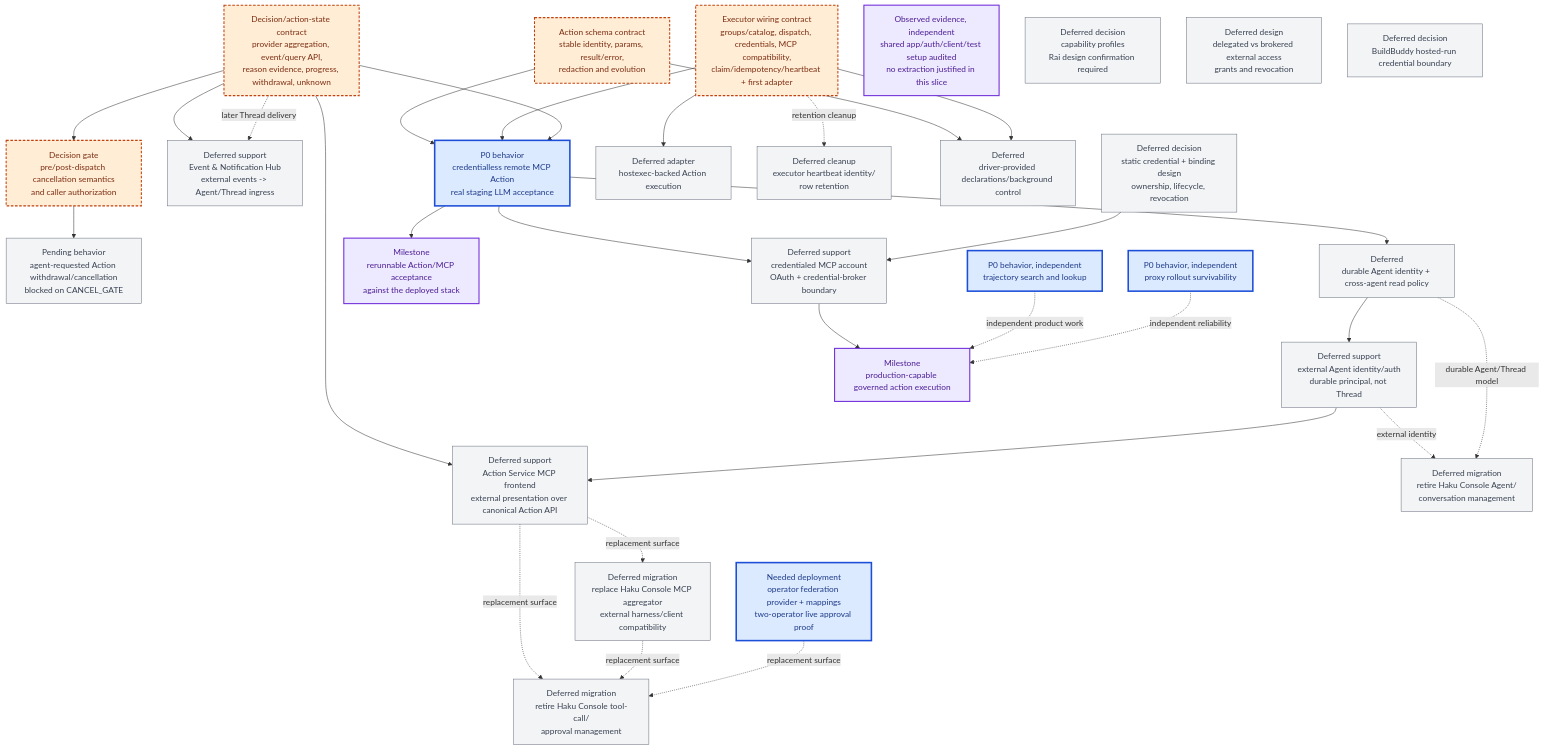
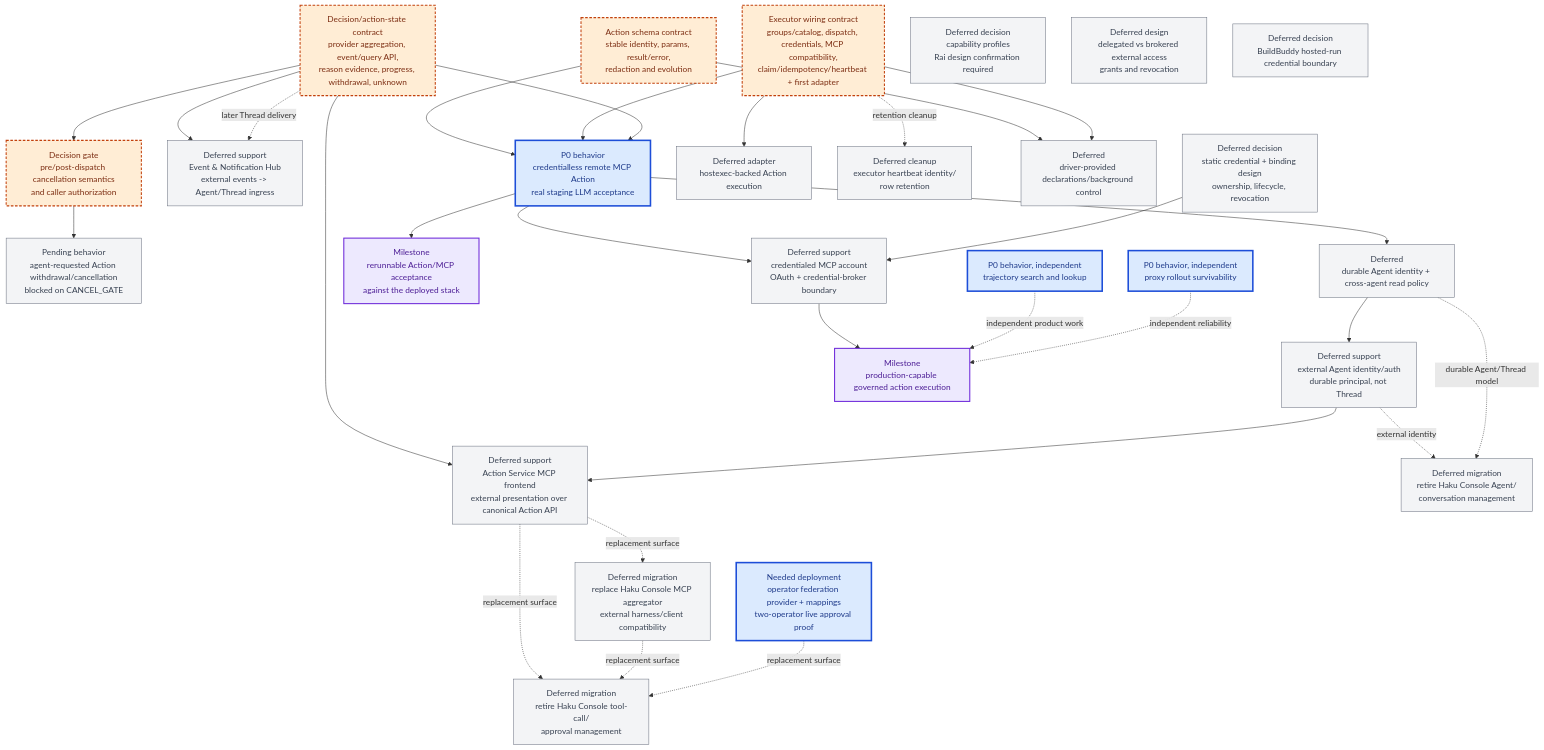
Before and after one commit to agentydragon-agent/ducktape: the diagram in x/agentplane/plans/task_dag.md, drawn with Mermaid. The commit also changed other lines of this file and 2 other files, not shown here.

Commit message:
docs(agentplane): drop audit artifact and stale dedupe work items

````diff
--- a/x/agentplane/plans/task_dag.md
+++ b/x/agentplane/plans/task_dag.md
@@ -76,66 +76,65 @@
 ```mermaid
 flowchart TB
     classDef active fill:#dbeafe,stroke:#1d4ed8,color:#1e3a8a,stroke-width:3px
     classDef decision fill:#ffedd5,stroke:#c2410c,color:#7c2d12,stroke-width:2px,stroke-dasharray:5 3
     classDef future fill:#f3f4f6,stroke:#6b7280,color:#374151
     classDef milestone fill:#ede9fe,stroke:#6d28d9,color:#4c1d95,stroke-width:2px
 
     AS["Action schema contract<br/>stable identity, params, result/error,<br/>redaction and evolution"]:::decision
     EW["Executor wiring contract<br/>groups/catalog, dispatch, credentials, MCP compatibility,<br/>claim/idempotency/heartbeat + first adapter"]:::decision
     DEL["Decision/action-state contract<br/>provider aggregation, event/query API,<br/>reason evidence, progress, withdrawal, unknown"]:::decision
     CANCEL_GATE["Decision gate<br/>pre/post-dispatch cancellation semantics<br/>and caller authorization"]:::decision
     CANCEL["Pending behavior<br/>agent-requested Action withdrawal/cancellation<br/>blocked on CANCEL_GATE"]:::future
     CANCEL_GATE --> CANCEL
     DEL --> CANCEL_GATE
     DEL --> ING
     MCP0["P0 behavior<br/>credentialless remote MCP Action<br/>real staging LLM acceptance"]:::active
     MCPAUTH["Deferred support<br/>credentialed MCP account<br/>OAuth + credential-broker boundary"]:::future
     CRED["Deferred decision<br/>static credential + binding design<br/>ownership, lifecycle, revocation"]:::future
     MCPACCEPT["Milestone<br/>rerunnable Action/MCP acceptance<br/>against the deployed stack"]:::milestone
     EID["Deferred support<br/>external Agent identity/auth<br/>durable principal, not Thread"]:::future
     MCPFRONT["Deferred support<br/>Action Service MCP frontend<br/>external presentation over canonical Action API"]:::future
     MCPAGG["Deferred migration<br/>replace Haku Console MCP aggregator<br/>external harness/client compatibility"]:::future
     HOSTEXEC["Deferred adapter<br/>hostexec-backed Action execution"]:::future
     APPROVALUI["Needed deployment<br/>operator federation provider + mappings<br/>two-operator live approval proof"]:::active
     RETIRE_AGENT["Deferred migration<br/>retire Haku Console Agent/<br/>conversation management"]:::future
     RETIRE_TOOLS["Deferred migration<br/>retire Haku Console tool-call/<br/>approval management"]:::future
-    DEDUPE["Observed evidence, independent<br/>shared app/auth/client/test setup audited<br/>no extraction justified in this slice"]:::milestone
     T3["P0 behavior, independent<br/>trajectory search and lookup"]:::active
     PR["P0 behavior, independent<br/>proxy rollout survivability"]:::active
     PROFILES["Deferred decision<br/>capability profiles<br/>Rai design confirmation required"]:::future
     ACCESS["Deferred design<br/>delegated vs brokered external access<br/>grants and revocation"]:::future
     LIVE_CLEAN["Deferred cleanup<br/>executor heartbeat identity/<br/>row retention"]:::future
 
     BB["Deferred decision<br/>BuildBuddy hosted-run credential boundary"]:::future
     ING["Deferred support<br/>Event & Notification Hub<br/>external events -> Agent/Thread ingress"]:::future
     DT["Deferred<br/>driver-provided declarations/background control"]:::future
     AG["Deferred<br/>durable Agent identity + cross-agent read policy"]:::future
     PROD["Milestone<br/>production-capable governed action execution"]:::milestone
 
     AS --> MCP0
     EW --> MCP0
     DEL --> MCP0
     MCP0 --> MCPACCEPT
     MCP0 --> MCPAUTH
     CRED --> MCPAUTH
     MCPAUTH --> PROD
     DEL -. later Thread delivery .-> ING
     DEL --> MCPFRONT
     EID --> MCPFRONT
     MCPFRONT -. replacement surface .-> MCPAGG
     MCPFRONT -. replacement surface .-> RETIRE_TOOLS
     EW --> HOSTEXEC
     MCPAGG -. replacement surface .-> RETIRE_TOOLS
     APPROVALUI -. replacement surface .-> RETIRE_TOOLS
     EID -. external identity .-> RETIRE_AGENT
     AG -. durable Agent/Thread model .-> RETIRE_AGENT
 
     T3 -. independent product work .-> PROD
     PR -. independent reliability .-> PROD
 
     AS --> DT
     EW --> DT
     MCP0 --> AG
     AG --> EID
     EW -. retention cleanup .-> LIVE_CLEAN
 ```
````
